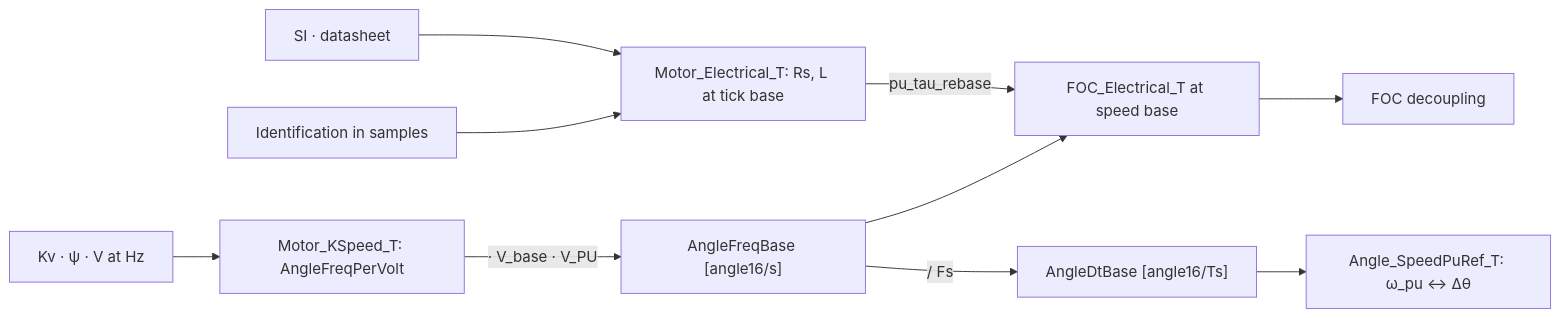
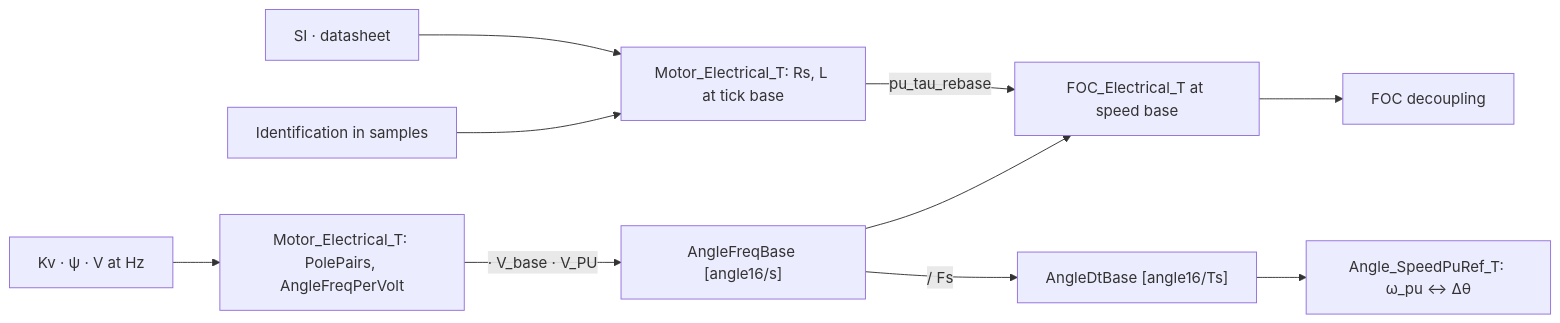
One commit to FireSourcery/FireSourcery_Library changed the diagram in Motor/Motor/Math/_.md. Above: the diagram before and after it, drawn with Mermaid. The commit also changed other lines of this file and 12 other files, not shown here.

````diff
--- a/Motor/Motor/Math/_.md
+++ b/Motor/Motor/Math/_.md
@@ -21,12 +21,12 @@
 ```mermaid
 flowchart LR
-    Entry["Kv · ψ · V at Hz"] --> KSpeed["Motor_KSpeed_T: AngleFreqPerVolt"]
+    Entry["Kv · ψ · V at Hz"] --> Rate["Motor_Electrical_T: PolePairs, AngleFreqPerVolt"]
     SI["SI · datasheet"] --> Tick["Motor_Electrical_T: Rs, L at tick base"]
     ID["Identification in samples"] --> Tick
-    KSpeed -->|"· V_base · V_PU"| AFB["AngleFreqBase [angle16/s]"]
+    Rate -->|"· V_base · V_PU"| AFB["AngleFreqBase [angle16/s]"]
     Tick -->|pu_tau_rebase| Base["FOC_Electrical_T at speed base"]
     AFB --> Base
     Base --> FOC["FOC decoupling"]
     AFB -->|"/ Fs"| ADB["AngleDtBase [angle16/Ts]"]
     ADB --> Ref["Angle_SpeedPuRef_T: ω_pu ↔ Δθ"]
 ```
````
